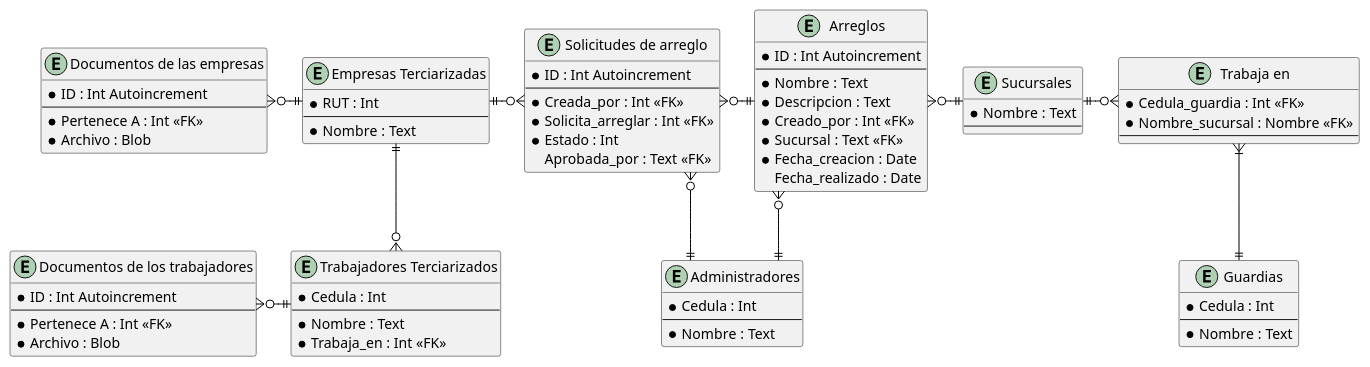
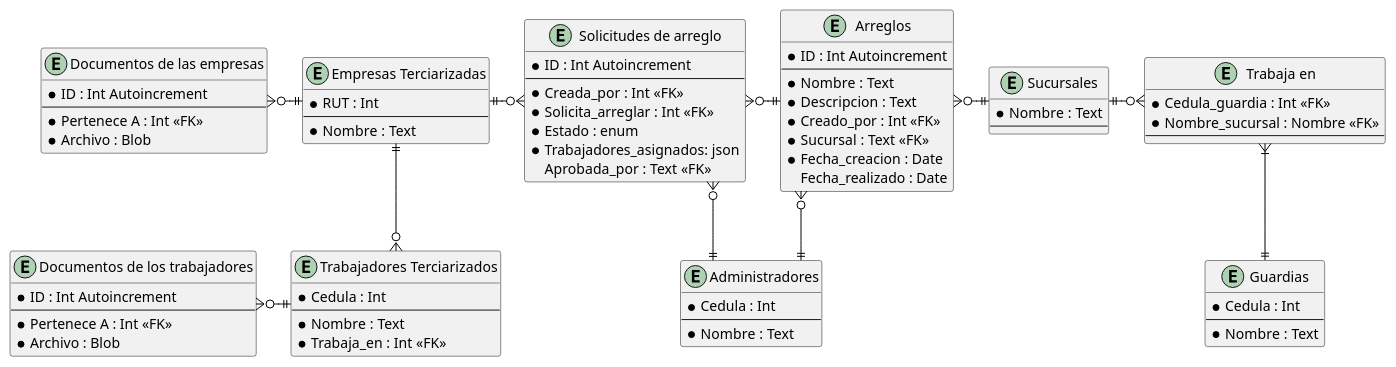
The diagram in diagramas/Base_de_datos/Diagrama_de_base_de_datos.puml (Arcemist/ProyectoUTU), drawn with PlantUML before and after one commit. The commit also changed 1 other file, not shown here.

Commit message:
Actualize el diagrama

```diff
--- a/diagramas/Base_de_datos/Diagrama_de_base_de_datos.puml
+++ b/diagramas/Base_de_datos/Diagrama_de_base_de_datos.puml
@@ -1,100 +1,101 @@
 @startuml "Diagrama_de_la_Base_de_datos"
 
 skinparam {
 	BackgroundColor white
 	LineType Ortho
 	ArrowColor Black
 	Entity {
 		FontColor Black
 		BackgroundColor White
 		BorderColor Black
 	}
 }
 
 'left to right direction
 
 entity "Sucursales" {
 	* Nombre : Text
 	--
 }
 
 entity "Administradores" {
 	* Cedula : Int
 	--
 	* Nombre : Text
 }
 
 entity "Guardias" {
 	* Cedula : Int
 	--
 	* Nombre : Text
 }
 
 entity "Trabaja en" {
 	* Cedula_guardia : Int <<FK>>
 	* Nombre_sucursal : Nombre <<FK>>
 	--
 }
 
 entity "Empresas Terciarizadas" {
 	* RUT : Int
 	--
 	* Nombre : Text
 }
 
 entity "Documentos de las empresas" {
 	* ID : Int Autoincrement
 	--
 	* Pertenece A : Int <<FK>>
 	* Archivo : Blob
 }
 
 entity "Trabajadores Terciarizados" {
 	* Cedula : Int
 	--
 	* Nombre : Text
 	* Trabaja_en : Int <<FK>>
 }
 
 entity "Documentos de los trabajadores" {
 	* ID : Int Autoincrement
 	--
 	* Pertenece A : Int <<FK>>
 	* Archivo : Blob
 }
 
 entity "Arreglos" {
 	* ID : Int Autoincrement
 	--
 	* Nombre : Text
 	* Descripcion : Text
 	* Creado_por : Int <<FK>>
 	* Sucursal : Text <<FK>>
 	* Fecha_creacion : Date
 	  Fecha_realizado : Date
 }
 
 entity "Solicitudes de arreglo" {
 	* ID : Int Autoincrement
 	--
 	* Creada_por : Int <<FK>>
 	* Solicita_arreglar : Int <<FK>>
-	* Estado : Int
+	* Estado : enum
+	* Trabajadores_asignados: json
 	  Aprobada_por : Text <<FK>>
 }
 
 ' Añadiendo las relaciones:
 "Sucursales" ||-r-o{ "Trabaja en"
 "Guardias" ||-u-|{ "Trabaja en"
 "Administradores" ||-u-o{ "Arreglos"
 "Administradores" ||-u-o{ "Solicitudes de arreglo"
 "Arreglos" }o-r-||"Sucursales"
 "Arreglos" ||-l-o{ "Solicitudes de arreglo"
 "Empresas Terciarizadas" ||-r-o{ "Solicitudes de arreglo"
 "Empresas Terciarizadas" ||-l-o{ "Documentos de las empresas"
 "Empresas Terciarizadas" ||-d-o{ "Trabajadores Terciarizados"
 "Trabajadores Terciarizados" ||-l-o{ "Documentos de los trabajadores"
 
 ' Puedo poner ':' despues de una relacion pa poner comentario en el medio
 
 @enduml
```
